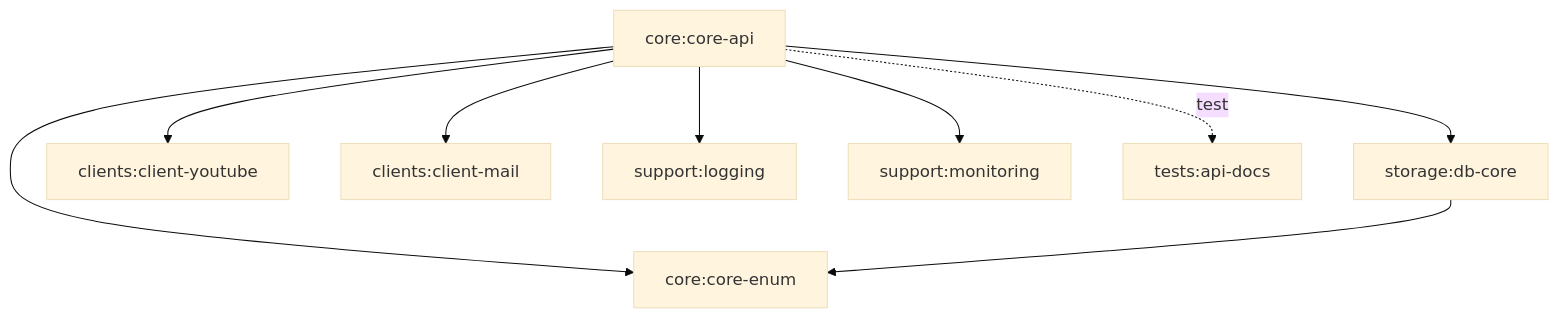
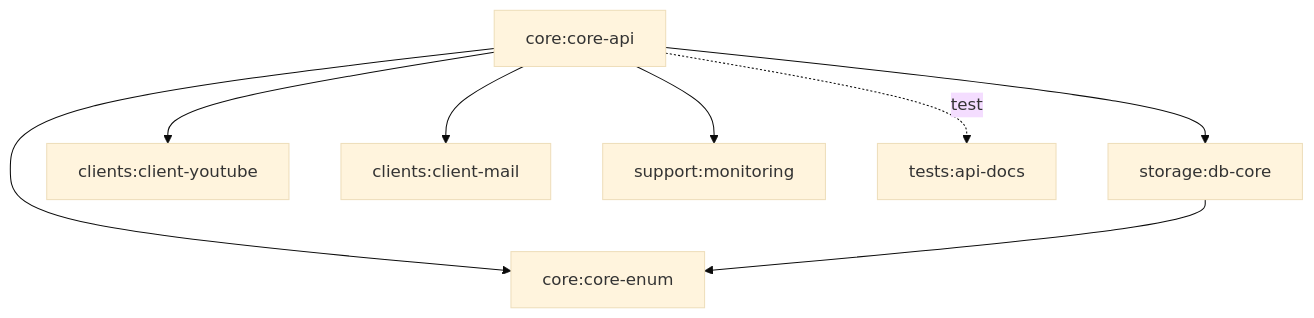
One commit to gudwns1812/FunGame changed the second of 2 diagrams in backend/ARCHITECTURE.md. Above: the diagram before and after it, drawn with Mermaid (base theme). The commit also changed other lines of this file and 12 other files, not shown here.

````diff
--- a/backend/ARCHITECTURE.md
+++ b/backend/ARCHITECTURE.md
@@ -77,21 +75,19 @@
 ```mermaid
 graph TD
     core-api["core:core-api"]
     core-enum["core:core-enum"]
     db-core["storage:db-core"]
     youtube["clients:client-youtube"]
     mail["clients:client-mail"]
-    logging["support:logging"]
     monitoring["support:monitoring"]
     apidocs["tests:api-docs"]
 
     core-api --> core-enum
     core-api --> db-core
     core-api --> youtube
     core-api --> mail
-    core-api --> logging
     core-api --> monitoring
     core-api -. test .-> apidocs
 
     db-core --> core-enum
 ```
````
